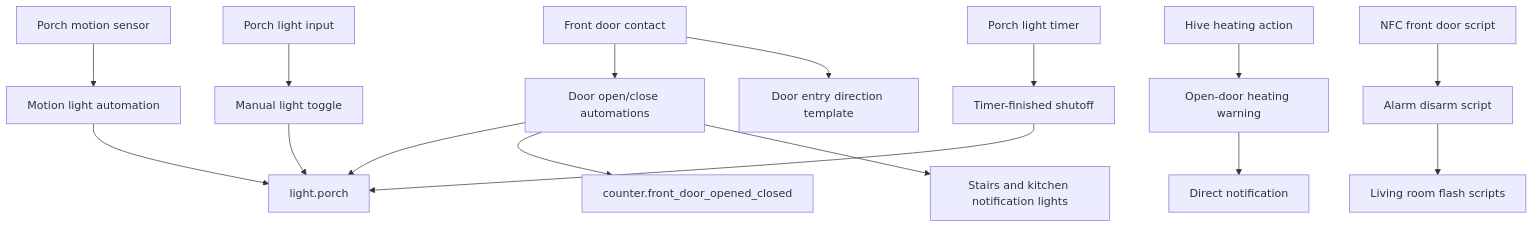
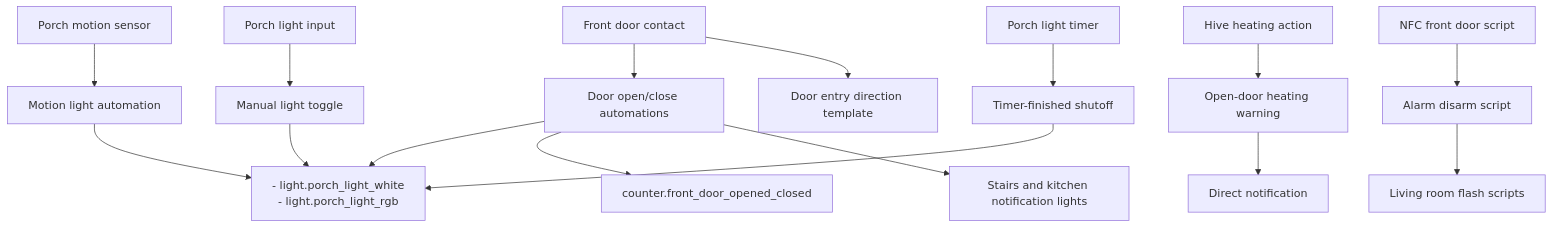
One commit to dannytsang/homeassistant-config changed the first of 2 diagrams in packages/rooms/porch/README.md. Above: the diagram before and after it, drawn with Mermaid. The commit also changed other lines of this file and 4 other files, not shown here.

Commit message:
Replaced porch light in scripts and automations to Aqara T1M.

````diff
--- a/packages/rooms/porch/README.md
+++ b/packages/rooms/porch/README.md
@@ -30,19 +32,21 @@
 ```mermaid
 flowchart TB
     Motion[Porch motion sensor] --> MotionLight[Motion light automation]
     Door[Front door contact] --> DoorLogic[Door open/close automations]
     Door --> Direction[Door entry direction template]
     Switch[Porch light input] --> Manual[Manual light toggle]
     Timer[Porch light timer] --> TimerOff[Timer-finished shutoff]
     Heating[Hive heating action] --> HeatWarning[Open-door heating warning]
     NFC[NFC front door script] --> Alarm[Alarm disarm script]
 
-    MotionLight --> PorchLight[light.porch]
+    MotionLight --> PorchLight[
+- light.porch_light_white
+- light.porch_light_rgb]
     DoorLogic --> PorchLight
     DoorLogic --> Counter[counter.front_door_opened_closed]
     DoorLogic --> NotifyLights[Stairs and kitchen notification lights]
     Manual --> PorchLight
     TimerOff --> PorchLight
     HeatWarning --> Notification[Direct notification]
     Alarm --> Feedback[Living room flash scripts]
 ```
````
